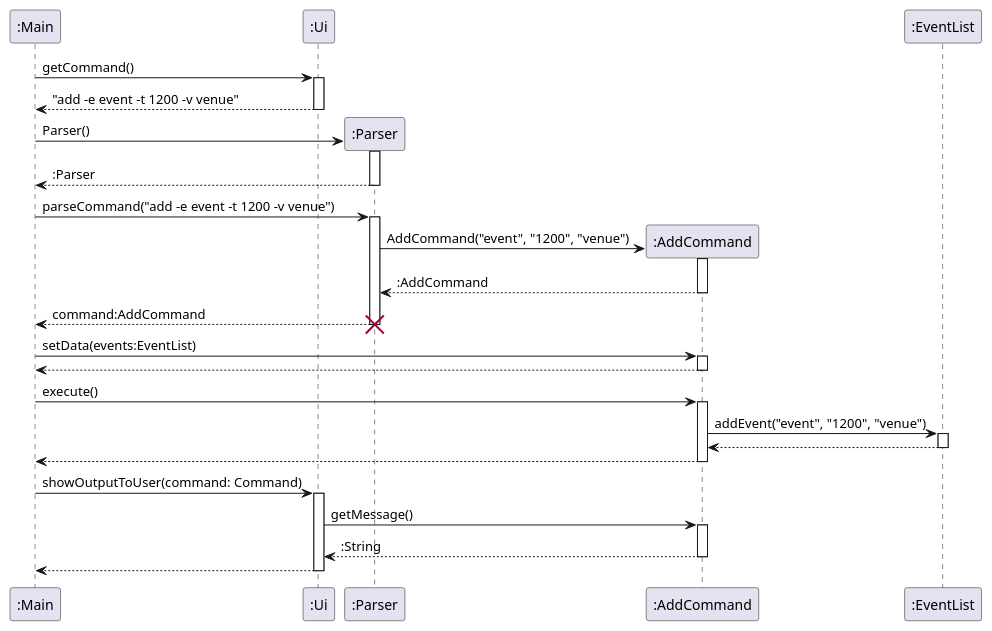
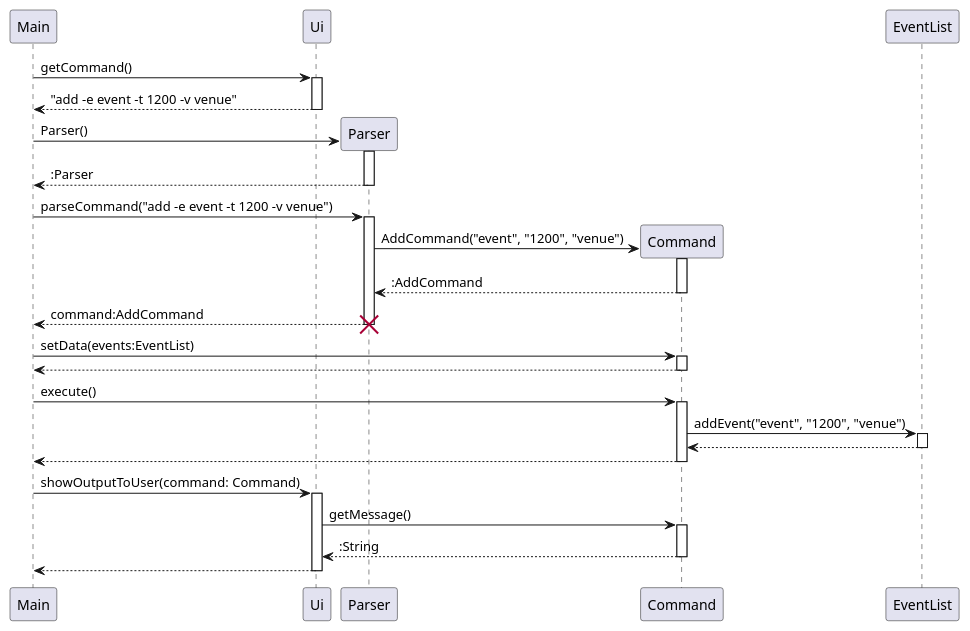
The diagram in docs/diagrams/ArchitectureSequence.puml (nus-cs2113-AY2425S1/tp), drawn with PlantUML before and after one commit. The commit also changed 4 other files, not shown here.

Commit message:
Update architecture diagram and add style.puml

```diff
--- a/docs/diagrams/ArchitectureSequence.puml
+++ b/docs/diagrams/ArchitectureSequence.puml
@@ -1,62 +1,62 @@
 @startuml
 'https://plantuml.com/sequence-diagram
 
-Participant ":Main" as main
-Participant ":Ui" as ui
-Participant ":Parser" as parser
-Participant ":AddCommand" as command
-Participant ":EventList" as eventList
+Participant "Main" as main
+Participant "Ui" as ui
+Participant "Parser" as parser
+Participant "Command" as command
+Participant "EventList" as eventList
 
 main -> ui : getCommand()
 activate ui
 ui --> main : "add -e event -t 1200 -v venue"
 deactivate ui
 
 create parser
 main -> parser : Parser()
 activate parser
 parser --> main : :Parser
 deactivate parser
 
 main -> parser : parseCommand("add -e event -t 1200 -v venue")
 activate parser
 
 create command
 parser -> command : AddCommand("event", "1200", "venue")
 activate command
 command --> parser : :AddCommand
 deactivate command
 
 parser --> main : command:AddCommand
 deactivate parser
 destroy parser
 
 main -> command : setData(events:EventList)
 activate command
 command --> main
 deactivate command
 
 main -> command : execute()
 activate command
 
 command -> eventList : addEvent("event", "1200", "venue")
 activate eventList
 eventList --> command
 deactivate eventList
 
 command --> main
 deactivate command
 
 main -> ui : showOutputToUser(command: Command)
 activate ui
 
 ui -> command : getMessage()
 activate command
 
 command --> ui : :String
 deactivate command
 
 ui --> main
 deactivate ui
 
 @enduml
```
